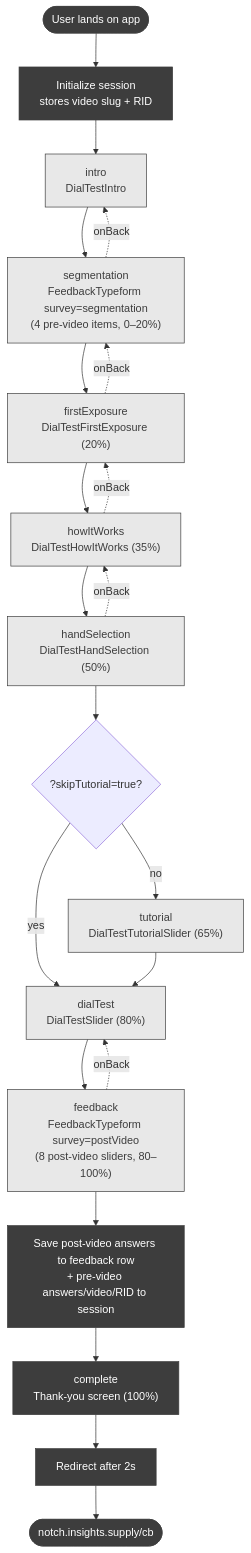
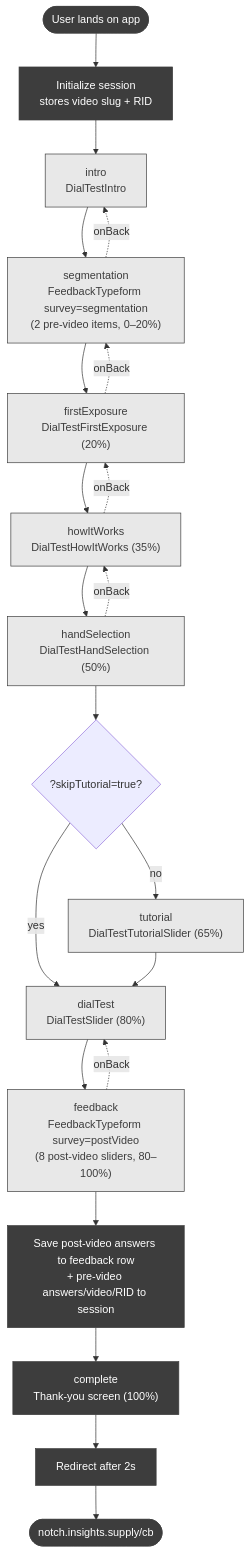
One commit to zoefrishberg/home-depot-dial-test changed the diagram in SCREEN_FLOW.md. Above: the diagram before and after it, drawn with Mermaid. The commit also changed other lines of this file and 4 other files, not shown here.

````diff
--- a/SCREEN_FLOW.md
+++ b/SCREEN_FLOW.md
@@ -14,36 +17,36 @@
 ```mermaid
 flowchart TD
     Start([User lands on app]) --> Init[Initialize session<br/>stores video slug + RID]
 
     Init --> Intro["intro<br/>DialTestIntro"]
 
-    Intro --> Seg["segmentation<br/>FeedbackTypeform survey=segmentation<br/>(4 pre-video items, 0–20%)"]
+    Intro --> Seg["segmentation<br/>FeedbackTypeform survey=segmentation<br/>(2 pre-video items, 0–20%)"]
 
     Seg --> FirstExp["firstExposure<br/>DialTestFirstExposure (20%)"]
     FirstExp --> HowIt["howItWorks<br/>DialTestHowItWorks (35%)"]
     HowIt --> HandSel["handSelection<br/>DialTestHandSelection (50%)"]
 
     HandSel --> SkipQ{?skipTutorial=true?}
     SkipQ -->|yes| DialTest
     SkipQ -->|no| Tutorial["tutorial<br/>DialTestTutorialSlider (65%)"]
 
     Tutorial --> DialTest["dialTest<br/>DialTestSlider (80%)"]
 
     DialTest --> Feedback["feedback<br/>FeedbackTypeform survey=postVideo<br/>(8 post-video sliders, 80–100%)"]
 
     Feedback --> Save[Save post-video answers to feedback row<br/>+ pre-video answers/video/RID to session]
     Save --> Complete["complete<br/>Thank-you screen (100%)"]
     Complete --> Redirect[Redirect after 2s]
     Redirect --> End([notch.insights.supply/cb])
 
     Seg -.onBack.-> Intro
     FirstExp -.onBack.-> Seg
     HowIt -.onBack.-> FirstExp
     HandSel -.onBack.-> HowIt
     Feedback -.onBack.-> DialTest
 
     classDef step fill:#E8E8E8,color:#3D3D3D,stroke:#3D3D3D
     classDef terminal fill:#3D3D3D,color:#fff,stroke:#3D3D3D
     class Intro,Seg,FirstExp,HowIt,HandSel,Tutorial,DialTest,Feedback step
     class Start,End,Complete,Redirect,Save,Init terminal
 ```
````
